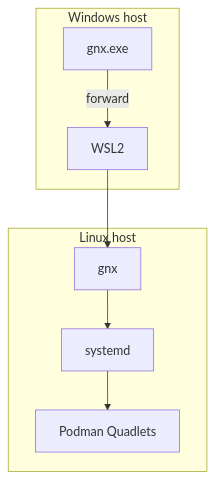
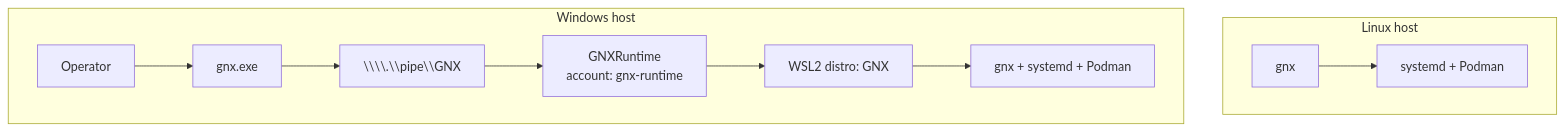
Before and after one commit to mayas-alas/quetzalcoatl: the first of 4 diagrams in docs/arquitectura.md, drawn with Mermaid. The commit also changed other lines of this file and 22 other files, not shown here.

````diff
--- a/docs/arquitectura.md
+++ b/docs/arquitectura.md
@@ -21,18 +21,23 @@
 ```mermaid
 flowchart TB
     subgraph LINUX["Linux host"]
-        GNXL["gnx"]
-        SYSTEMD["systemd"]
-        PODMAN["Podman Quadlets"]
+        LCLI["gnx"]
+        LRUNTIME["systemd + Podman"]
+        LCLI --> LRUNTIME
     end
 
     subgraph WINDOWS["Windows host"]
-        GNXW["gnx.exe"]
-        WSL["WSL2"]
+        OP["Operator"]
+        WCLI["gnx.exe"]
+        PIPE["\\\\.\\pipe\\GNX"]
+        SVC["GNXRuntime<br/>account: gnx-runtime"]
+        WSL["WSL2 distro: GNX"]
+        WRUNTIME["gnx + systemd + Podman"]
+
+        OP --> WCLI
+        WCLI --> PIPE
+        PIPE --> SVC
+        SVC --> WSL
+        WSL --> WRUNTIME
     end
-
-    GNXW -->|"forward"| WSL
-    WSL --> GNXL
-    GNXL --> SYSTEMD
-    SYSTEMD --> PODMAN
 ```
````
